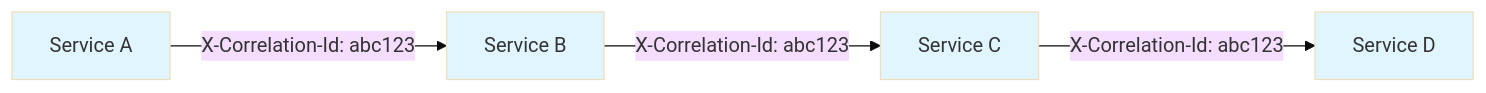
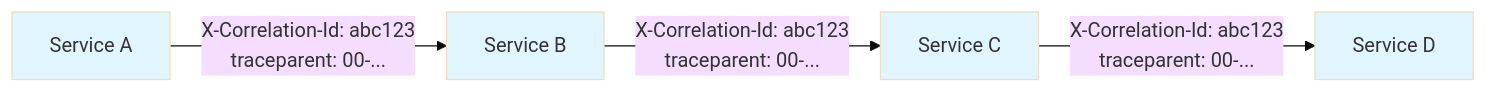
One commit to whitebeardit/traceability changed the fifth of 8 diagrams in docs/agents/architecture.md. Above: the diagram before and after it, drawn with Mermaid (base theme). The commit also changed other lines of this file and 23 other files, not shown here.

````diff
--- a/docs/agents/architecture.md
+++ b/docs/agents/architecture.md
@@ -144,11 +165,11 @@
 ```mermaid
 graph LR
-    A[Service A] -->|X-Correlation-Id: abc123| B[Service B]
-    B -->|X-Correlation-Id: abc123| C[Service C]
-    C -->|X-Correlation-Id: abc123| D[Service D]
+    A[Service A] -->|"X-Correlation-Id: abc123<br/>traceparent: 00-..."| B[Service B]
+    B -->|"X-Correlation-Id: abc123<br/>traceparent: 00-..."| C[Service C]
+    C -->|"X-Correlation-Id: abc123<br/>traceparent: 00-..."| D[Service D]
     
     style A fill:#e1f5ff
     style B fill:#e1f5ff
     style C fill:#e1f5ff
     style D fill:#e1f5ff
 ```
````
